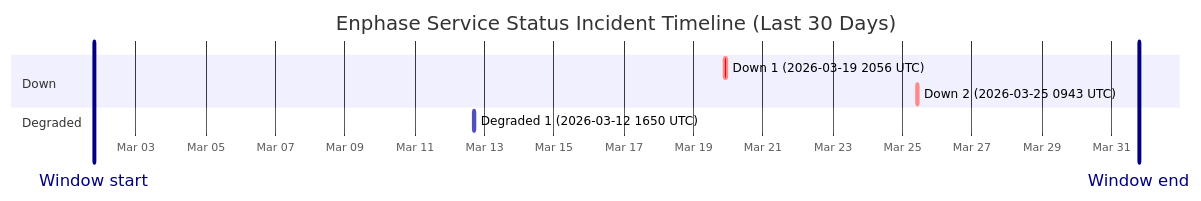
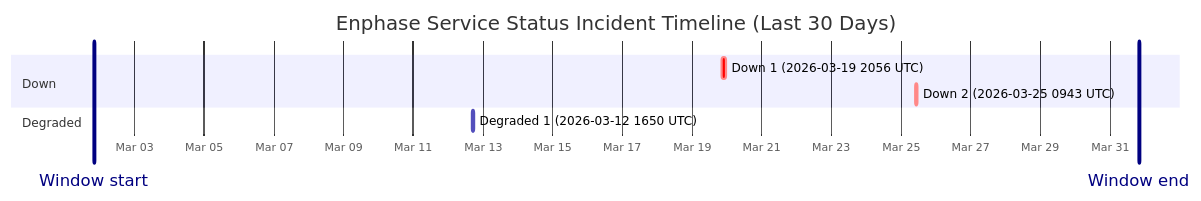
Before and after one commit to barneyonline/ha-enphase-ev-charger: the diagram in wiki/Service-Status-History.md, drawn with Mermaid. The commit also changed other lines of this file and 3 other files, not shown here.

````diff
--- a/wiki/Service-Status-History.md
+++ b/wiki/Service-Status-History.md
@@ -14,13 +14,13 @@
 ```mermaid
 gantt
     title Enphase Service Status Incident Timeline (Last 30 Days)
     dateFormat  YYYY-MM-DDTHH:mm:ss
     axisFormat  %b %d
-    Window start :vert, window-start, 2026-03-01T19:00:00, 0ms
-    Window end :vert, window-end, 2026-03-31T19:00:00, 0ms
+    Window start :vert, window-start, 2026-03-01T19:55:47, 0ms
+    Window end :vert, window-end, 2026-03-31T19:55:47, 0ms
     section Down
     Down 1 (2026-03-19 2056 UTC) :crit, down-1, 2026-03-19T20:56:20, 145m
     Down 2 (2026-03-25 0943 UTC) :crit, down-2, 2026-03-25T09:43:28, 111m
     section Degraded
     Degraded 1 (2026-03-12 1650 UTC) :active, degraded-1, 2026-03-12T16:50:43, 60m
 ```
````
